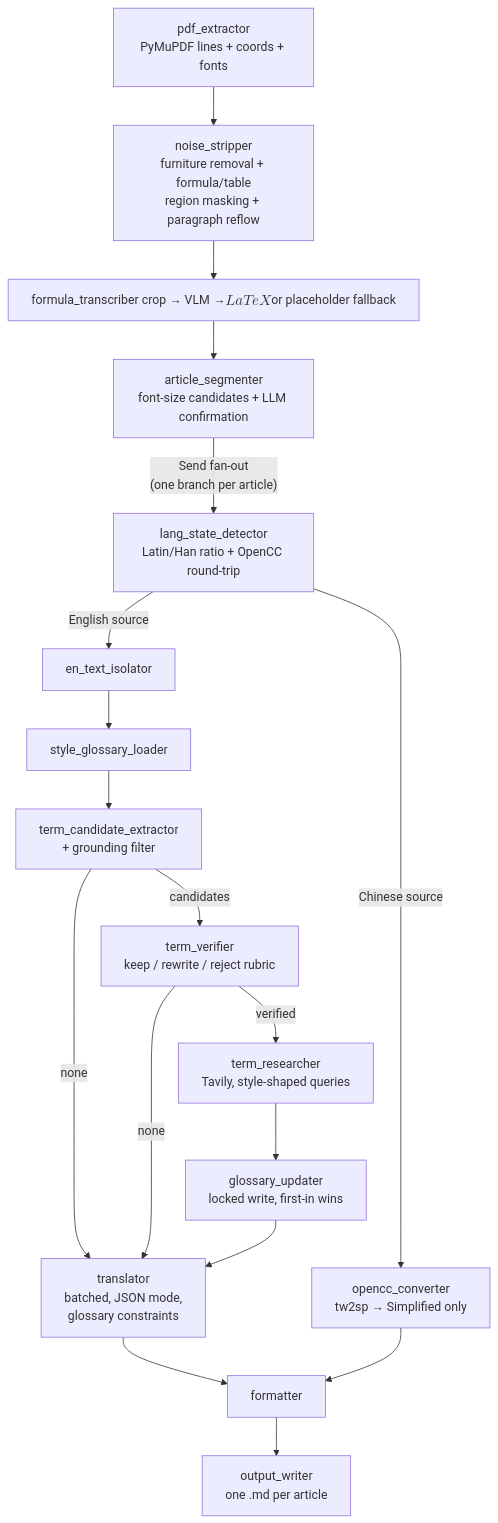
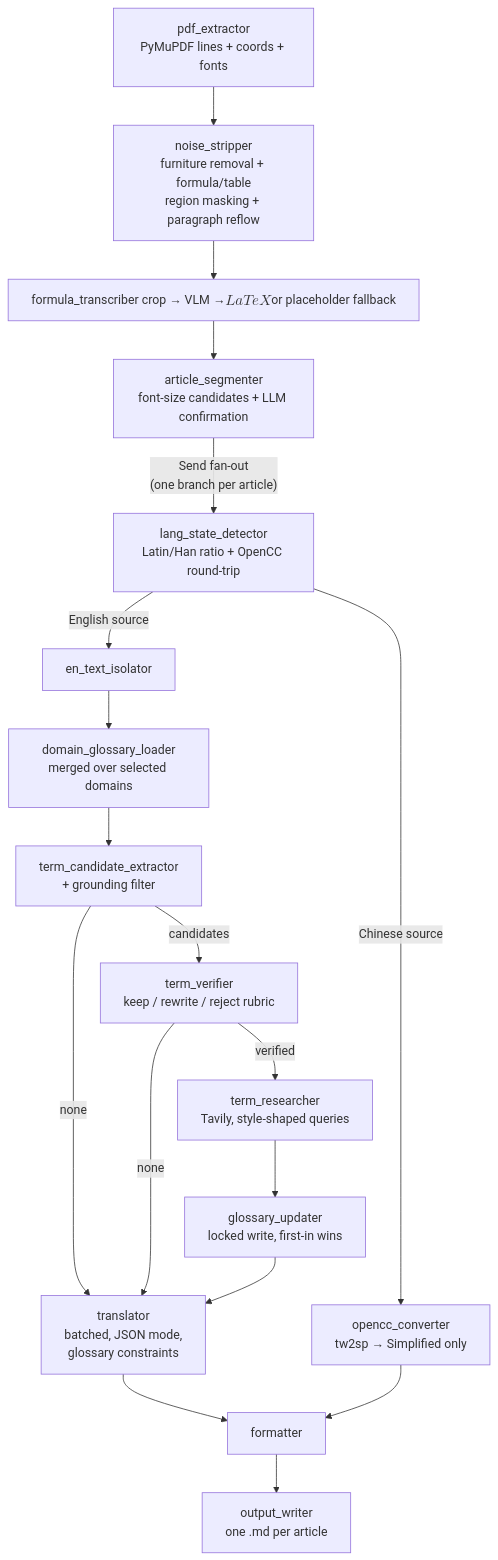
The diagram in README.md (elenskye/pub2md-agent), drawn with Mermaid before and after one commit. The commit also changed other lines of this file and 40 other files, not shown here.

````diff
--- a/README.md
+++ b/README.md
@@ -70,20 +73,20 @@
 ```mermaid
 flowchart TD
     A[pdf_extractor<br/>PyMuPDF lines + coords + fonts] --> B[noise_stripper<br/>furniture removal + formula/table<br/>region masking + paragraph reflow]
     B --> FT[formula_transcriber<br/>crop → VLM → $$LaTeX$$<br/>or placeholder fallback]
     FT --> C[article_segmenter<br/>font-size candidates + LLM confirmation]
     C -- "Send fan-out<br/>(one branch per article)" --> D[lang_state_detector<br/>Latin/Han ratio + OpenCC round-trip]
     D -- English source --> E[en_text_isolator]
-    E --> F[style_glossary_loader]
+    E --> F[domain_glossary_loader<br/>merged over selected domains]
     F --> G[term_candidate_extractor<br/>+ grounding filter]
     G -- candidates --> V[term_verifier<br/>keep / rewrite / reject rubric]
     V -- verified --> H[term_researcher<br/>Tavily, style-shaped queries]
     H --> I[glossary_updater<br/>locked write, first-in wins]
     G -- none --> J[translator<br/>batched, JSON mode,<br/>glossary constraints]
     V -- none --> J
     I --> J
     D -- Chinese source --> K[opencc_converter<br/>tw2sp → Simplified only]
     J --> L[formatter]
     K --> L
     L --> M[output_writer<br/>one .md per article]
 ```
````
